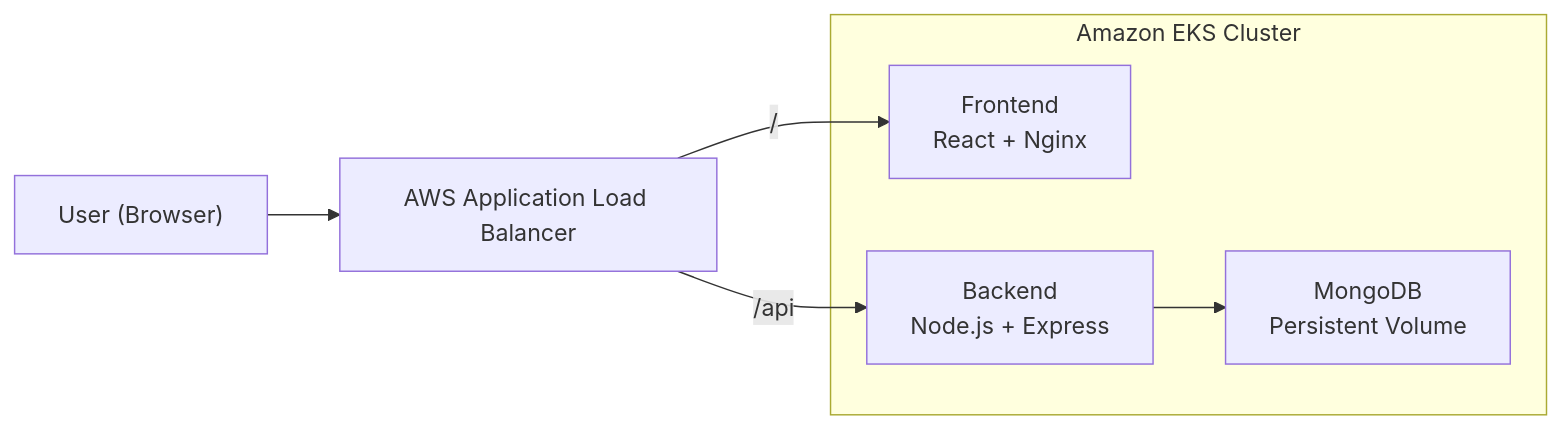
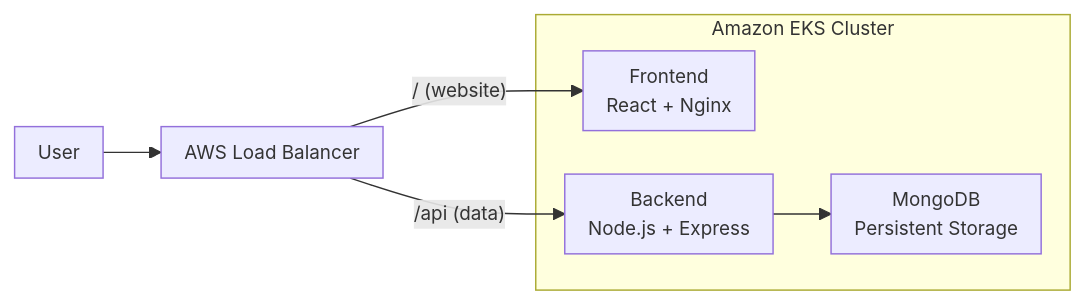
The first of 2 diagrams in README.md (MayurSaitwal/Three-Tier-Application-Kubernetes-Deployment-on-AWS-EKS), drawn with Mermaid before and after one commit. The commit also changed other lines of this file, not shown here.

Commit message:
Revise architecture section in README
Updated architecture diagram in README with clearer labels and formatting.

````diff
--- a/README.md
+++ b/README.md
@@ -90,14 +92,15 @@
 ```mermaid
+%%{init: {"flowchart": {"nodeSpacing": 30, "rankSpacing": 40, "padding": 8}, "themeVariables": {"fontSize": "13px"}}}%%
 flowchart LR
-    User["User (Browser)"] --> ALB["AWS Application Load Balancer"]
+    U[User] --> ALB[AWS Load Balancer]
 
-    subgraph EKS["Amazon EKS Cluster"]
-        FE["Frontend<br/>React + Nginx"]
-        BE["Backend<br/>Node.js + Express"]
-        DB["MongoDB<br/>Persistent Volume"]
+    subgraph EKS[Amazon EKS Cluster]
+        FE[Frontend<br/>React + Nginx]
+        BE[Backend<br/>Node.js + Express]
+        DB[MongoDB<br/>Persistent Storage]
         BE --> DB
     end
 
-    ALB -->|"/"| FE
-    ALB -->|"/api"| BE
+    ALB -->|"/ (website)"| FE
+    ALB -->|"/api (data)"| BE
 ```
````
